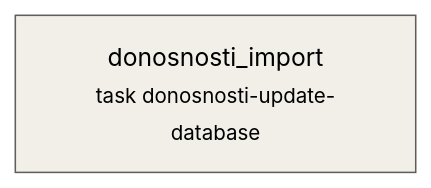
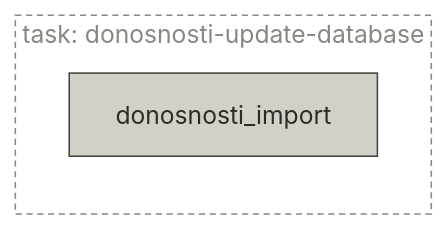
Before and after one commit to majazaloznik/umar-automation-scripts: the diagram in docs/pipelines/task-donosnosti-update-database.md, drawn with Mermaid (neutral theme). The commit also changed 31 other files, not shown here.

Commit message:
Update mermaid plots in pipelines

````diff
--- a/docs/pipelines/task-donosnosti-update-database.md
+++ b/docs/pipelines/task-donosnosti-update-database.md
@@ -21,8 +21,12 @@
 ```mermaid
 flowchart LR
-  donosnosti_import["donosnosti_import<br/><small>task donosnosti-update-database</small>"]:::step
-  classDef source fill:#FAECE7,stroke:#993C1D
-  classDef step fill:#F1EFE8,stroke:#5F5E5A
-  classDef store fill:#E1F5EE,stroke:#0F6E56
-  classDef output fill:#EEEDFE,stroke:#534AB7
+  
+  subgraph task_donosnosti_update_database["task: donosnosti-update-database"]
+    donosnosti_import["donosnosti_import"]:::step
+  end
+  style task_donosnosti_update_database fill:none,stroke:#888780,stroke-dasharray:4 3,color:#888780
+  classDef source fill:#F0997B,stroke:#712B13,color:#4A1B0C,stroke-width:1px
+  classDef step fill:#D3D1C7,stroke:#444441,color:#2C2C2A,stroke-width:1px
+  classDef store fill:#5DCAA5,stroke:#085041,color:#04342C,stroke-width:1px
+  classDef output fill:#AFA9EC,stroke:#3C3489,color:#26215C,stroke-width:1px
 ```
````
